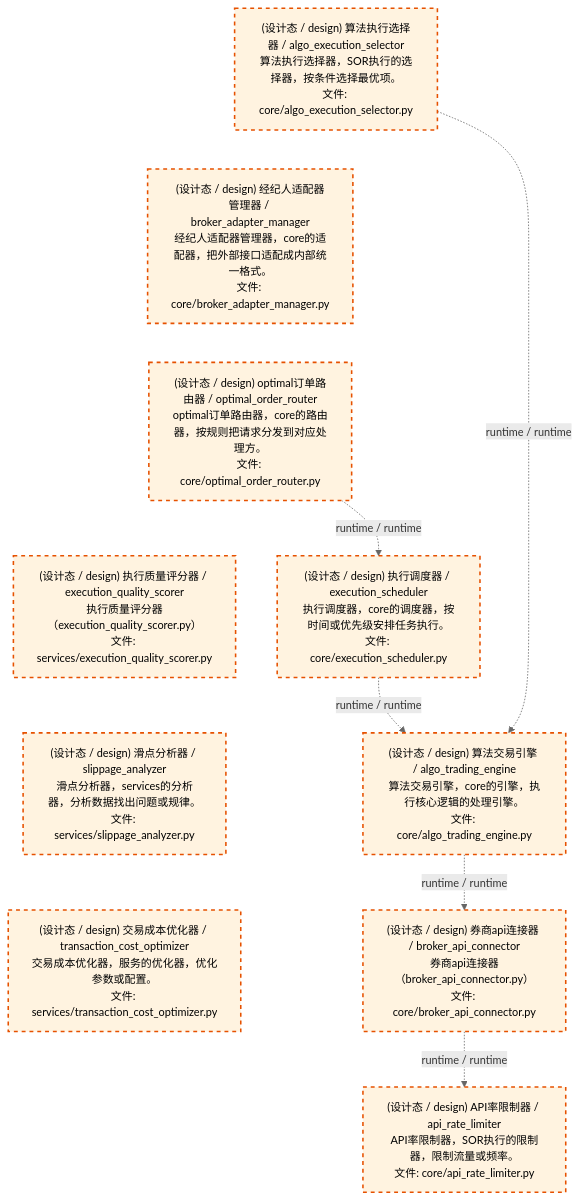
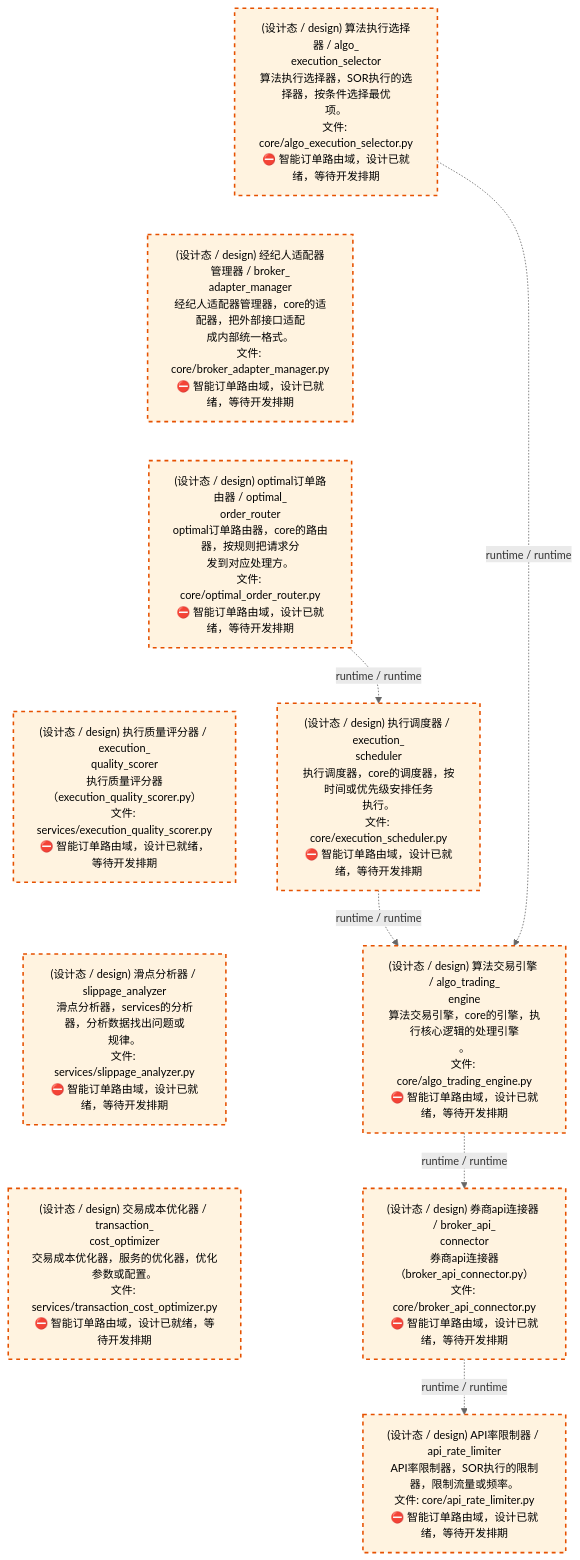
One commit to xuanFelixVan/ZephyrAlpha changed the third of 4 diagrams in docs/02_enterprise_architecture/02_domain_architecture_docs/45_d_ex_sor.md. Above: the diagram before and after it, drawn with Mermaid. The commit also changed other lines of this file and 61 other files, not shown here.

````diff
--- a/docs/02_enterprise_architecture/02_domain_architecture_docs/45_d_ex_sor.md
+++ b/docs/02_enterprise_architecture/02_domain_architecture_docs/45_d_ex_sor.md
@@ -138,29 +138,29 @@
 ```mermaid
 %%{init: {'theme': 'base', 'themeVariables': {'primaryColor': '#eaeaea', 'primaryTextColor': '#333333', 'primaryBorderColor': '#666666', 'lineColor': '#666666', 'secondaryColor': '#eaeaea', 'tertiaryColor': '#eaeaea', 'fontSize': '14px'}}}%%
 flowchart TD
-    src_zephyr_ex_sor_core_algo_execution_selector_py["(设计态 / design) 算法执行选择器 / algo_execution_selector<br/>算法执行选择器，SOR执行的选择器，按条件选择最优项。<br/>文件: core/algo_execution_selector.py"]
-    src_zephyr_ex_sor_core_broker_adapter_manager_py["(设计态 / design) 经纪人适配器管理器 / broker_adapter_manager<br/>经纪人适配器管理器，core的适配器，把外部接口适配成内部统一格式。<br/>文件: core/broker_adapter_manager.py"]
-    src_zephyr_ex_sor_core_optimal_order_router_py["(设计态 / design) optimal订单路由器 / optimal_order_router<br/>optimal订单路由器，core的路由器，按规则把请求分发到对应处理方。<br/>文件: core/optimal_order_router.py"]
-    src_zephyr_ex_sor_services_execution_quality_scorer_py["(设计态 / design) 执行质量评分器 / execution_quality_scorer<br/>执行质量评分器（execution_quality_scorer.py）<br/>文件: services/execution_quality_scorer.py"]
-    src_zephyr_ex_sor_services_slippage_analyzer_py["(设计态 / design) 滑点分析器 / slippage_analyzer<br/>滑点分析器，services的分析器，分析数据找出问题或规律。<br/>文件: services/slippage_analyzer.py"]
-    src_zephyr_ex_sor_services_transaction_cost_optimizer_py["(设计态 / design) 交易成本优化器 / transaction_cost_optimizer<br/>交易成本优化器，服务的优化器，优化参数或配置。<br/>文件: services/transaction_cost_optimizer.py"]
+    src_zephyr_ex_sor_core_algo_execution_selector_py["(设计态 / design) 算法执行选择器 / algo_<br/>execution_selector<br/>算法执行选择器，SOR执行的选择器，按条件选择最优<br/>项。<br/>文件: core/algo_execution_selector.py<br/>⛔ 智能订单路由域，设计已就绪，等待开发排期"]
+    src_zephyr_ex_sor_core_broker_adapter_manager_py["(设计态 / design) 经纪人适配器管理器 / broker_<br/>adapter_manager<br/>经纪人适配器管理器，core的适配器，把外部接口适配<br/>成内部统一格式。<br/>文件: core/broker_adapter_manager.py<br/>⛔ 智能订单路由域，设计已就绪，等待开发排期"]
+    src_zephyr_ex_sor_core_optimal_order_router_py["(设计态 / design) optimal订单路由器 / optimal_<br/>order_router<br/>optimal订单路由器，core的路由器，按规则把请求分<br/>发到对应处理方。<br/>文件: core/optimal_order_router.py<br/>⛔ 智能订单路由域，设计已就绪，等待开发排期"]
+    src_zephyr_ex_sor_services_execution_quality_scorer_py["(设计态 / design) 执行质量评分器 / execution_<br/>quality_scorer<br/>执行质量评分器（execution_quality_scorer.py）<br/>文件: services/execution_quality_scorer.py<br/>⛔ 智能订单路由域，设计已就绪，等待开发排期"]
+    src_zephyr_ex_sor_services_slippage_analyzer_py["(设计态 / design) 滑点分析器 / slippage_analyzer<br/>滑点分析器，services的分析器，分析数据找出问题或<br/>规律。<br/>文件: services/slippage_analyzer.py<br/>⛔ 智能订单路由域，设计已就绪，等待开发排期"]
+    src_zephyr_ex_sor_services_transaction_cost_optimizer_py["(设计态 / design) 交易成本优化器 / transaction_<br/>cost_optimizer<br/>交易成本优化器，服务的优化器，优化参数或配置。<br/>文件: services/transaction_cost_optimizer.py<br/>⛔ 智能订单路由域，设计已就绪，等待开发排期"]
     src_zephyr_ex_sor_core_algo_execution_selector_py ~~~ src_zephyr_ex_sor_core_broker_adapter_manager_py
     src_zephyr_ex_sor_core_broker_adapter_manager_py ~~~ src_zephyr_ex_sor_core_optimal_order_router_py
     src_zephyr_ex_sor_core_optimal_order_router_py ~~~ src_zephyr_ex_sor_services_execution_quality_scorer_py
     src_zephyr_ex_sor_services_execution_quality_scorer_py ~~~ src_zephyr_ex_sor_services_slippage_analyzer_py
     src_zephyr_ex_sor_services_slippage_analyzer_py ~~~ src_zephyr_ex_sor_services_transaction_cost_optimizer_py
-    src_zephyr_ex_sor_core_execution_scheduler_py["(设计态 / design) 执行调度器 / execution_scheduler<br/>执行调度器，core的调度器，按时间或优先级安排任务执行。<br/>文件: core/execution_scheduler.py"]
-    src_zephyr_ex_sor_core_algo_trading_engine_py["(设计态 / design) 算法交易引擎 / algo_trading_engine<br/>算法交易引擎，core的引擎，执行核心逻辑的处理引擎。<br/>文件: core/algo_trading_engine.py"]
-    src_zephyr_ex_sor_core_broker_api_connector_py["(设计态 / design) 券商api连接器 / broker_api_connector<br/>券商api连接器（broker_api_connector.py）<br/>文件: core/broker_api_connector.py"]
-    src_zephyr_ex_sor_core_api_rate_limiter_py["(设计态 / design) API率限制器 / api_rate_limiter<br/>API率限制器，SOR执行的限制器，限制流量或频率。<br/>文件: core/api_rate_limiter.py"]
+    src_zephyr_ex_sor_core_execution_scheduler_py["(设计态 / design) 执行调度器 / execution_<br/>scheduler<br/>执行调度器，core的调度器，按时间或优先级安排任务<br/>执行。<br/>文件: core/execution_scheduler.py<br/>⛔ 智能订单路由域，设计已就绪，等待开发排期"]
+    src_zephyr_ex_sor_core_algo_trading_engine_py["(设计态 / design) 算法交易引擎 / algo_trading_<br/>engine<br/>算法交易引擎，core的引擎，执行核心逻辑的处理引擎<br/>。<br/>文件: core/algo_trading_engine.py<br/>⛔ 智能订单路由域，设计已就绪，等待开发排期"]
+    src_zephyr_ex_sor_core_broker_api_connector_py["(设计态 / design) 券商api连接器 / broker_api_<br/>connector<br/>券商api连接器（broker_api_connector.py）<br/>文件: core/broker_api_connector.py<br/>⛔ 智能订单路由域，设计已就绪，等待开发排期"]
+    src_zephyr_ex_sor_core_api_rate_limiter_py["(设计态 / design) API率限制器 / api_rate_limiter<br/>API率限制器，SOR执行的限制器，限制流量或频率。<br/>文件: core/api_rate_limiter.py<br/>⛔ 智能订单路由域，设计已就绪，等待开发排期"]
     src_zephyr_ex_sor_core_optimal_order_router_py -.->|runtime / runtime| src_zephyr_ex_sor_core_execution_scheduler_py
     src_zephyr_ex_sor_core_execution_scheduler_py -.->|runtime / runtime| src_zephyr_ex_sor_core_algo_trading_engine_py
     src_zephyr_ex_sor_core_algo_trading_engine_py -.->|runtime / runtime| src_zephyr_ex_sor_core_broker_api_connector_py
     src_zephyr_ex_sor_core_algo_execution_selector_py -.->|runtime / runtime| src_zephyr_ex_sor_core_algo_trading_engine_py
     src_zephyr_ex_sor_core_broker_api_connector_py -.->|runtime / runtime| src_zephyr_ex_sor_core_api_rate_limiter_py
     classDef production fill:#e1f5fe,stroke:#01579b,stroke-width:2px,color:#000
     classDef design fill:#fff3e0,stroke:#e65100,stroke-width:2px,color:#000,stroke-dasharray: 5 5
     classDef external_prod fill:#e8f4fd,stroke:#0277bd,stroke-width:1px,color:#000
     classDef external_design fill:#fff8e7,stroke:#ef6c00,stroke-width:1px,color:#000,stroke-dasharray: 5 5
     class src_zephyr_ex_sor_core_algo_execution_selector_py,src_zephyr_ex_sor_core_algo_trading_engine_py,src_zephyr_ex_sor_core_api_rate_limiter_py,src_zephyr_ex_sor_core_broker_adapter_manager_py,src_zephyr_ex_sor_core_broker_api_connector_py,src_zephyr_ex_sor_core_execution_scheduler_py,src_zephyr_ex_sor_core_optimal_order_router_py,src_zephyr_ex_sor_services_execution_quality_scorer_py,src_zephyr_ex_sor_services_slippage_analyzer_py,src_zephyr_ex_sor_services_transaction_cost_optimizer_py design
 ```
````
